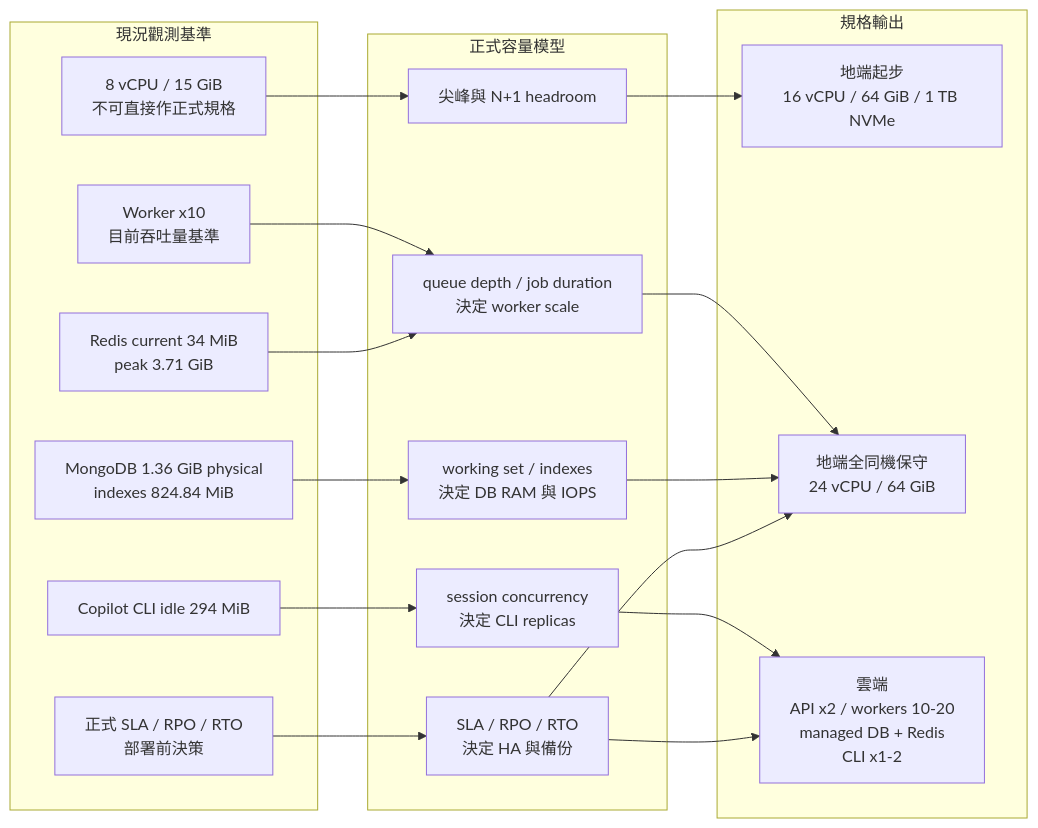
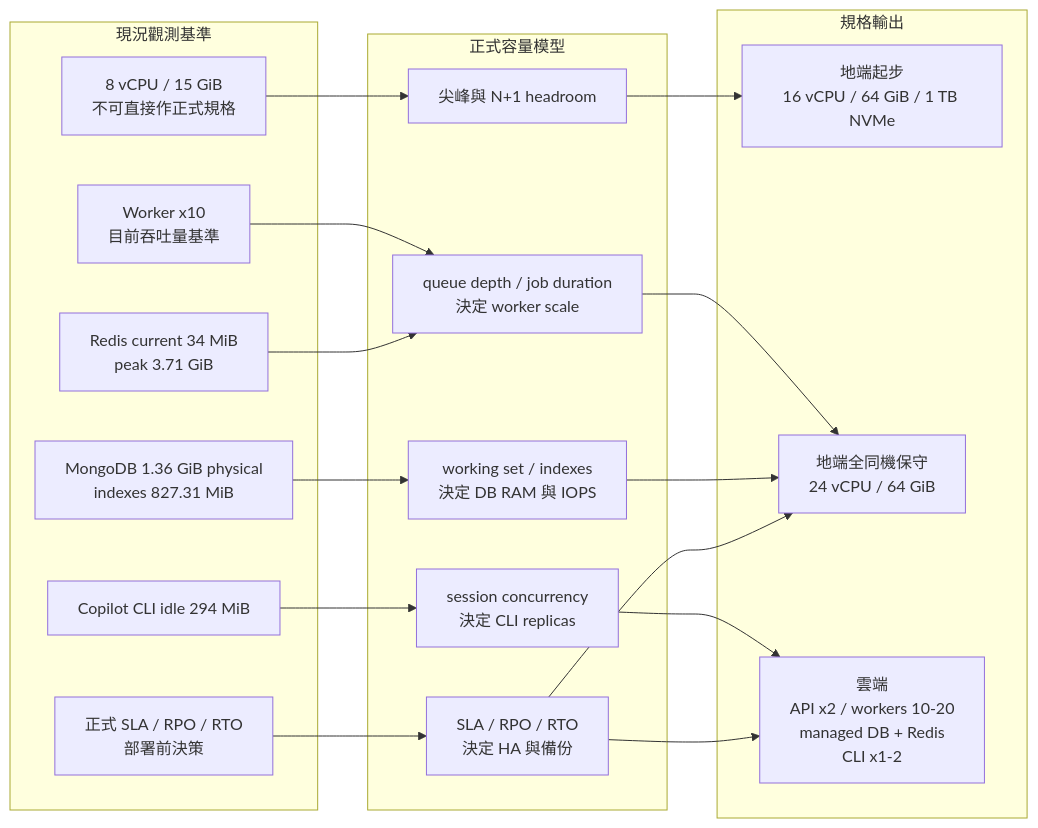
One commit to chunkai1312/temp changed the seventh of 14 diagrams in production-resource-architecture-proposal.md. Above: the diagram before and after it, drawn with Mermaid. The commit also changed other lines of this file, not shown here.

````diff
--- a/production-resource-architecture-proposal.md
+++ b/production-resource-architecture-proposal.md
@@ -313,38 +313,38 @@
 ```mermaid
 flowchart LR
   subgraph BASE["現況觀測基準"]
     HOST["8 vCPU / 15 GiB\n不可直接作正式規格"]
     WORKER["Worker x10\n目前吞吐量基準"]
-    DB["MongoDB 1.36 GiB physical\nindexes 824.84 MiB"]
+    DB["MongoDB 1.36 GiB physical\nindexes 827.31 MiB"]
     REDIS["Redis current 34 MiB\npeak 3.71 GiB"]
     CLI["Copilot CLI idle 294 MiB"]
     SLA["正式 SLA / RPO / RTO\n部署前決策"]
   end
 
   subgraph MODEL["正式容量模型"]
     HEADROOM["尖峰與 N+1 headroom"]
     QUEUE["queue depth / job duration\n決定 worker scale"]
     WORKINGSET["working set / indexes\n決定 DB RAM 與 IOPS"]
     SESSION["session concurrency\n決定 CLI replicas"]
     DR["SLA / RPO / RTO\n決定 HA 與備份"]
   end
 
   subgraph OUTPUT["規格輸出"]
     ONPREM["地端起步\n16 vCPU / 64 GiB / 1 TB NVMe"]
     ONPREM_SAFE["地端全同機保守\n24 vCPU / 64 GiB"]
     CLOUD["雲端\nAPI x2 / workers 10-20\nmanaged DB + Redis\nCLI x1-2"]
   end
 
   HOST --> HEADROOM
   WORKER --> QUEUE
   DB --> WORKINGSET
   REDIS --> QUEUE
   CLI --> SESSION
   SLA --> DR
   HEADROOM --> ONPREM
   QUEUE --> ONPREM_SAFE
   WORKINGSET --> ONPREM_SAFE
   SESSION --> CLOUD
   DR --> CLOUD
   DR --> ONPREM_SAFE
 ```
````
